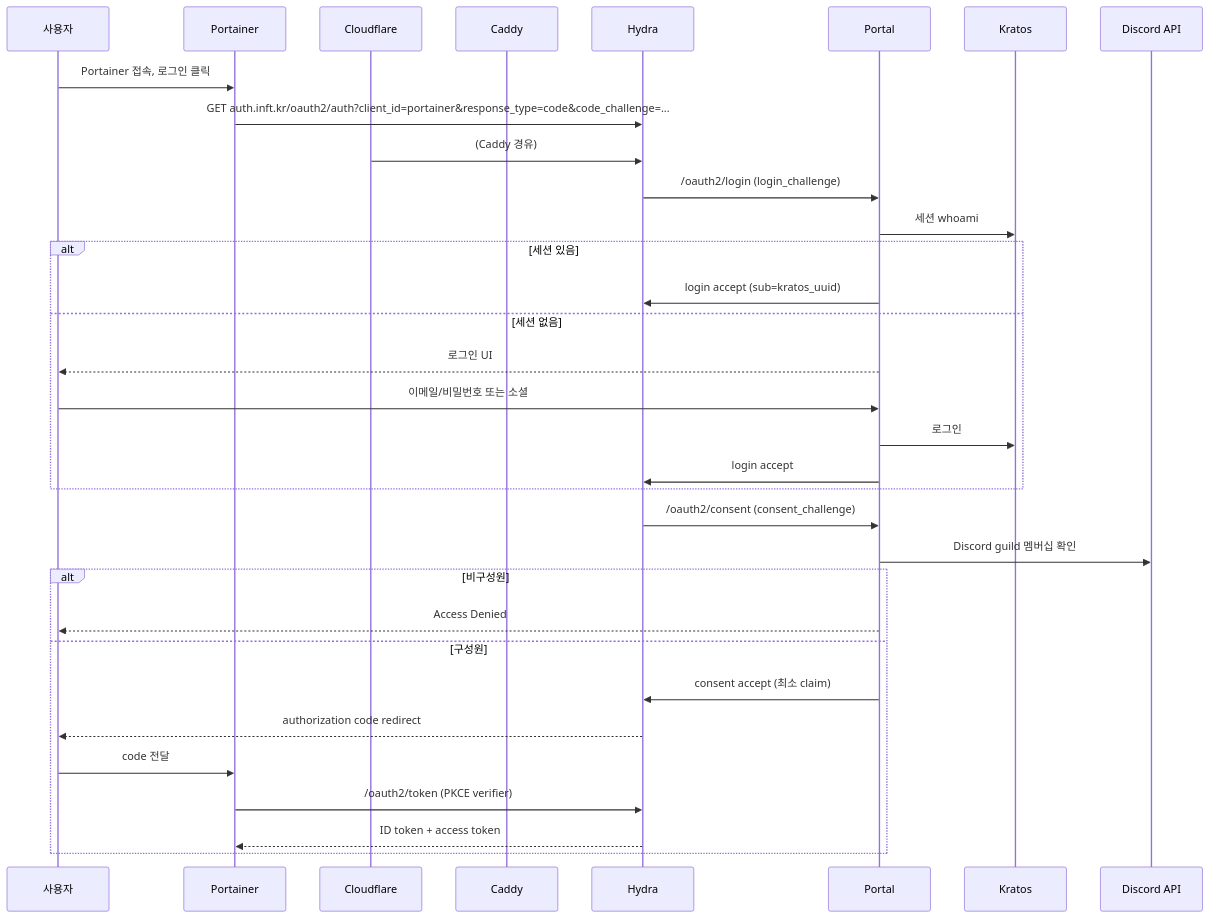
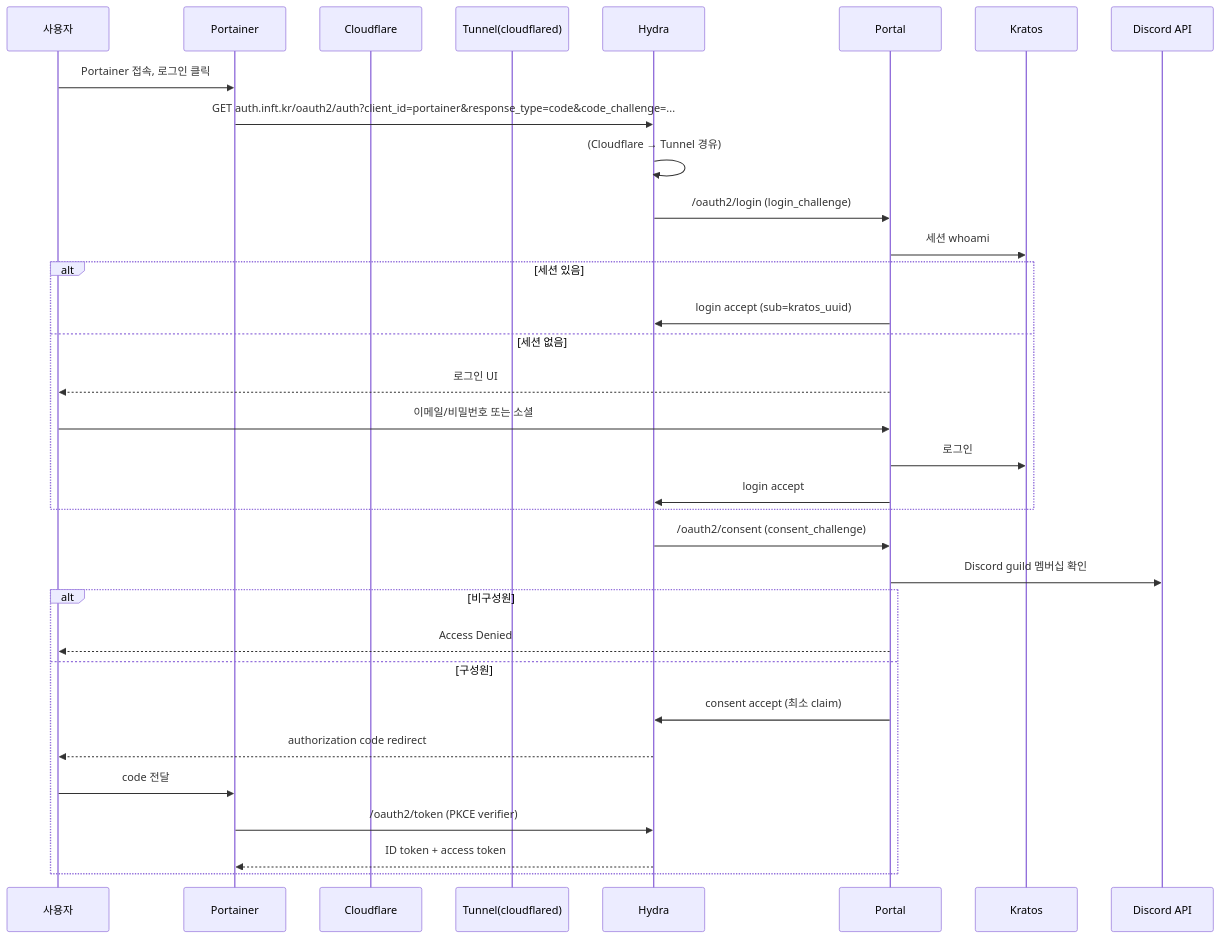
Before and after one commit to InfiniteTeam/auth: the third of 3 diagrams in docs/architecture.md, drawn with Mermaid. The commit also changed other lines of this file and 10 other files, not shown here.

First line of the commit message:
refactor: replace Caddy with Cloudflare Tunnel

````diff
--- a/docs/architecture.md
+++ b/docs/architecture.md
@@ -181,36 +182,36 @@
 ```mermaid
 sequenceDiagram
     participant U as 사용자
     participant PT as Portainer
     participant CF as Cloudflare
-    participant C as Caddy
+    participant T as Tunnel(cloudflared)
     participant H as Hydra
     participant P as Portal
     participant K as Kratos
     participant D as Discord API
 
     U->>PT: Portainer 접속, 로그인 클릭
     PT->>H: GET auth.inft.kr/oauth2/auth?client_id=portainer&response_type=code&code_challenge=...
-    CF->>H: (Caddy 경유)
+    H->>H: (Cloudflare → Tunnel 경유)
     H->>P: /oauth2/login (login_challenge)
     P->>K: 세션 whoami
     alt 세션 있음
         P->>H: login accept (sub=kratos_uuid)
     else 세션 없음
         P-->>U: 로그인 UI
         U->>P: 이메일/비밀번호 또는 소셜
         P->>K: 로그인
         P->>H: login accept
     end
     H->>P: /oauth2/consent (consent_challenge)
     P->>D: Discord guild 멤버십 확인
     alt 비구성원
         P-->>U: Access Denied
     else 구성원
         P->>H: consent accept (최소 claim)
         H-->>U: authorization code redirect
         U->>PT: code 전달
         PT->>H: /oauth2/token (PKCE verifier)
         H-->>PT: ID token + access token
     end
 ```
````
